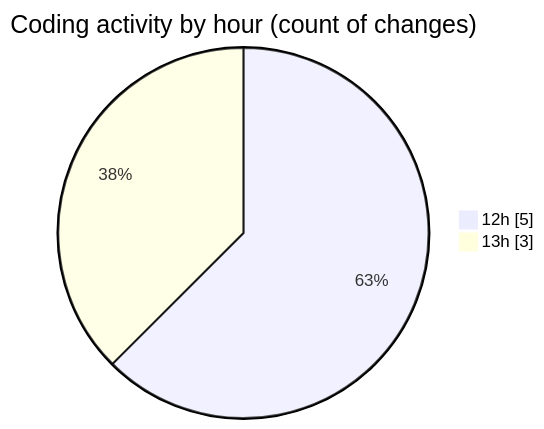
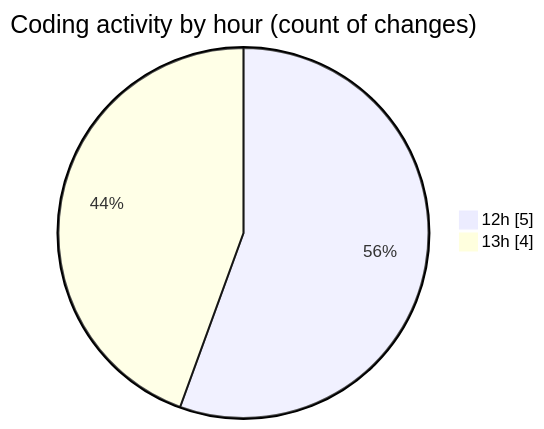
Before and after one commit to ricardozamudiocil/code-tracking: the second of 2 diagrams in 2026-10-20/cilapp/README.md, drawn with Mermaid. The commit also changed other lines of this file and 1 other file, not shown here.

````diff
--- a/2026-10-20/cilapp/README.md
+++ b/2026-10-20/cilapp/README.md
@@ -30,6 +31,6 @@
 ```mermaid
 pie showData
 title Coding activity by hour (count of changes)
 "12h" : 5
-"13h" : 3
+"13h" : 4
 ```
````
